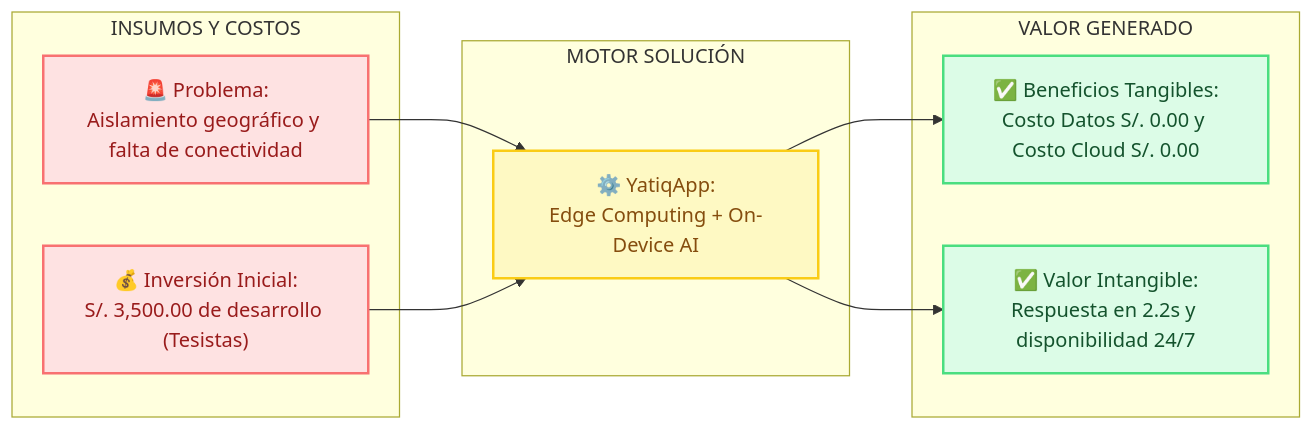
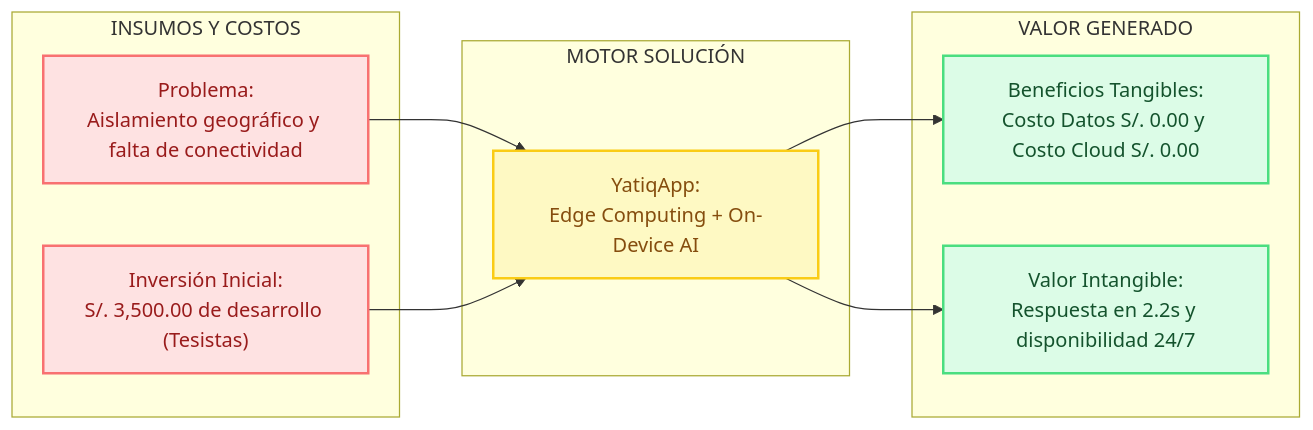
Before and after one commit to jhanslarico11/Perfil-de-Egreso: the second of 4 diagrams in docs/ChristianRafaelMamaniCallata/entregable2.md, drawn with Mermaid. The commit also changed other lines of this file and 4 other files, not shown here.

Commit message:
Remocion de emojis de los diagramas Mermaid para una apariencia academica limpia

````diff
--- a/docs/ChristianRafaelMamaniCallata/entregable2.md
+++ b/docs/ChristianRafaelMamaniCallata/entregable2.md
@@ -156,25 +156,25 @@
 ```mermaid
 graph LR
     classDef in fill:#fee2e2,stroke:#f87171,stroke-width:2px,color:#991b1b;
     classDef proc fill:#fef9c3,stroke:#facc15,stroke-width:2px,color:#854d0e;
     classDef out fill:#dcfce7,stroke:#4ade80,stroke-width:2px,color:#14532d;
 
     subgraph INSUMOS Y COSTOS
-        P["🚨 Problema:<br>Aislamiento geográfico y falta de conectividad"]:::in
-        I["💰 Inversión Inicial:<br>S/. 3,500.00 de desarrollo (Tesistas)"]:::in
+        P["Problema:<br>Aislamiento geográfico y falta de conectividad"]:::in
+        I["Inversión Inicial:<br>S/. 3,500.00 de desarrollo (Tesistas)"]:::in
     end
 
     subgraph MOTOR SOLUCIÓN
-        S["⚙️ YatiqApp:<br>Edge Computing + On-Device AI"]:::proc
+        S["YatiqApp:<br>Edge Computing + On-Device AI"]:::proc
     end
 
     subgraph VALOR GENERADO
-        B["✅ Beneficios Tangibles:<br>Costo Datos S/. 0.00 y Costo Cloud S/. 0.00"]:::out
-        V["✅ Valor Intangible:<br>Respuesta en 2.2s y disponibilidad 24/7"]:::out
+        B["Beneficios Tangibles:<br>Costo Datos S/. 0.00 y Costo Cloud S/. 0.00"]:::out
+        V["Valor Intangible:<br>Respuesta en 2.2s y disponibilidad 24/7"]:::out
     end
 
     P --> S
     I --> S
     S --> B
     S --> V
 ```
````
